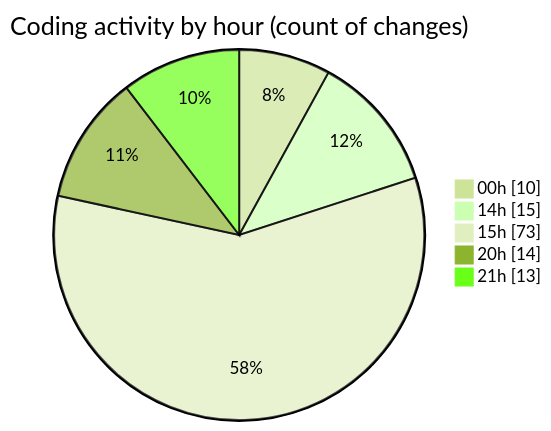
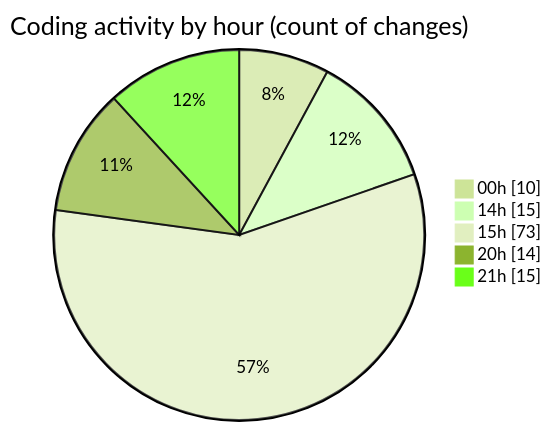
The second of 2 diagrams in 2025-04-07/echo/README.md (Netris89/code-tracking), drawn with Mermaid (forest theme) before and after one commit. The commit also changed other lines of this file and 1 other file, not shown here.

````diff
--- a/2025-04-07/echo/README.md
+++ b/2025-04-07/echo/README.md
@@ -41,9 +41,9 @@
 ```mermaid
 pie showData
 title Coding activity by hour (count of changes)
 "00h" : 10
 "14h" : 15
 "15h" : 73
 "20h" : 14
-"21h" : 13
+"21h" : 15
 ```
````
